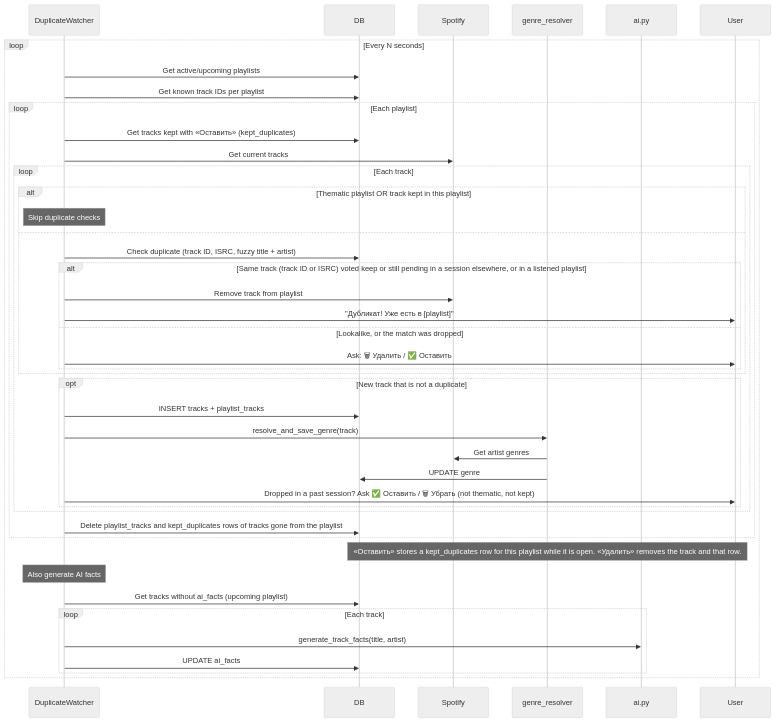
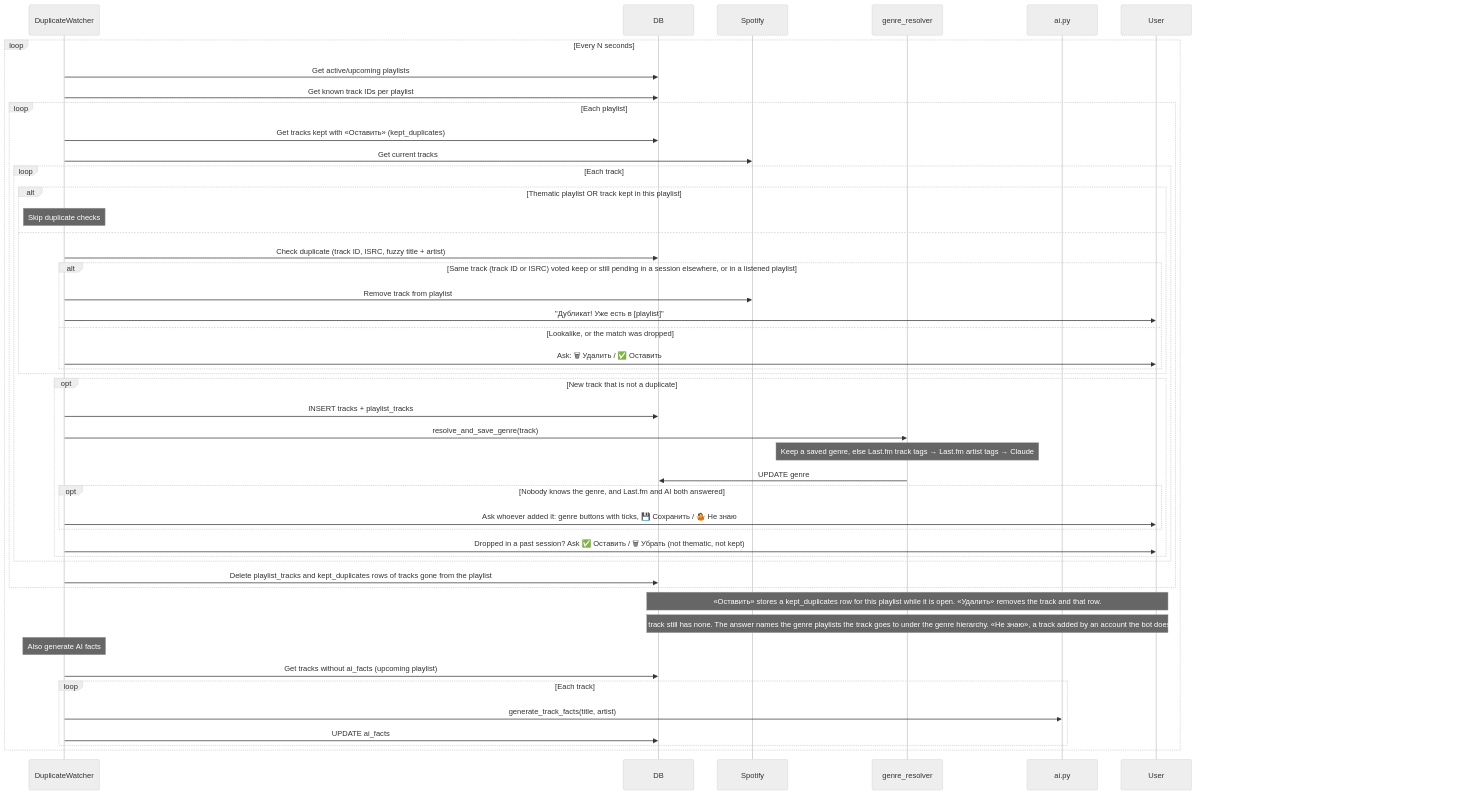
The third of 8 diagrams in docs/architecture/03-flows.md (ndomanovskiy/maspotifybot), drawn with Mermaid (neutral theme) before and after one commit. The commit also changed other lines of this file and 26 other files, not shown here.

First line of the commit message:
feat: ask whoever added a track for its genre

````diff
--- a/docs/architecture/03-flows.md
+++ b/docs/architecture/03-flows.md
@@ -128,48 +128,52 @@
 ```mermaid
 sequenceDiagram
     participant DW as DuplicateWatcher
     participant DB
     participant Spotify
     participant GR as genre_resolver
     participant AI as ai.py
     participant User
 
     loop Every N seconds
         DW->>DB: Get active/upcoming playlists
         DW->>DB: Get known track IDs per playlist
 
         loop Each playlist
             DW->>DB: Get tracks kept with «Оставить» (kept_duplicates)
             DW->>Spotify: Get current tracks
             loop Each track
                 alt Thematic playlist OR track kept in this playlist
                     Note over DW: Skip duplicate checks
                 else
                     DW->>DB: Check duplicate (track ID, ISRC, fuzzy title + artist)
                     alt Same track (track ID or ISRC) voted keep or still pending in a session elsewhere, or in a listened playlist
                         DW->>Spotify: Remove track from playlist
                         DW->>User: "Дубликат! Уже есть в [playlist]"
                     else Lookalike, or the match was dropped
                         DW->>User: Ask: 🗑 Удалить / ✅ Оставить
                     end
                 end
                 opt New track that is not a duplicate
                     DW->>DB: INSERT tracks + playlist_tracks
                     DW->>GR: resolve_and_save_genre(track)
-                    GR->>Spotify: Get artist genres
+                    Note over GR: Keep a saved genre, else Last.fm track tags → Last.fm artist tags → Claude
                     GR->>DB: UPDATE genre
+                    opt Nobody knows the genre, and Last.fm and AI both answered
+                        DW->>User: Ask whoever added it: genre buttons with ticks, 💾 Сохранить / 🤷 Не знаю
+                    end
                     DW->>User: Dropped in a past session? Ask ✅ Оставить / 🗑 Убрать (not thematic, not kept)
                 end
             end
             DW->>DB: Delete playlist_tracks and kept_duplicates rows of tracks gone from the playlist
         end
         Note over User,DB: «Оставить» stores a kept_duplicates row for this playlist while it is open. «Удалить» removes the track and that row.
+        Note over User,DB: Genre question: «Сохранить» saves the ticked genres, marked genre_approved, only if the track still has none. The answer names the genre playlists the track goes to under the genre hierarchy. «Не знаю», a track added by an account the bot does not know, or Last.fm or AI not answering leaves it without a genre (listed in /playlist status).
 
         Note over DW: Also generate AI facts
         DW->>DB: Get tracks without ai_facts (upcoming playlist)
         loop Each track
             DW->>AI: generate_track_facts(title, artist)
             DW->>DB: UPDATE ai_facts
         end
     end
 ```
````
